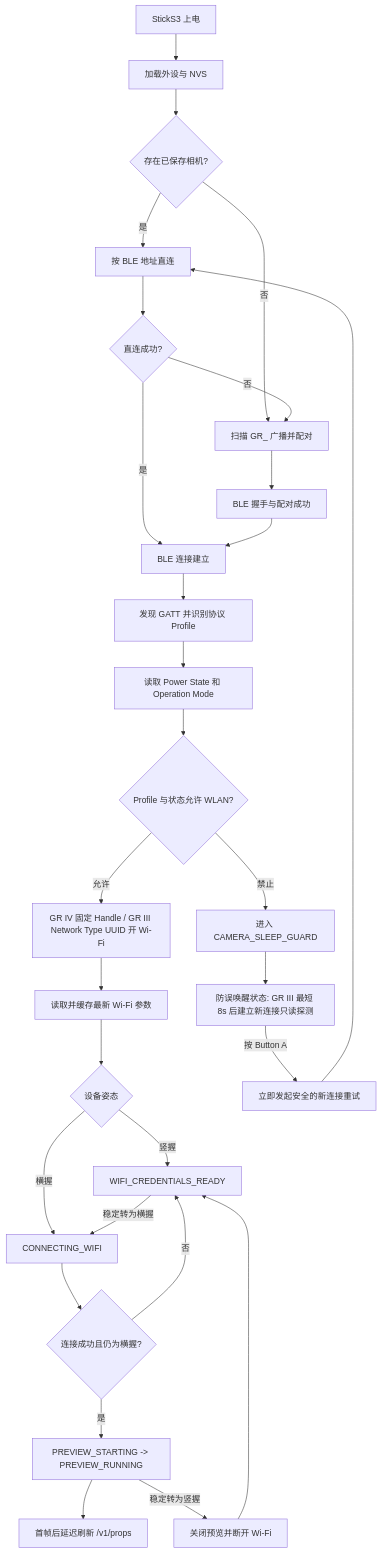
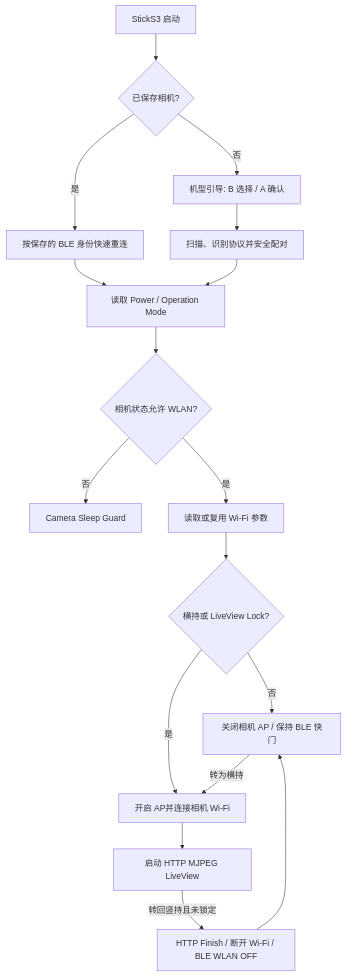
One commit to sky18Dragon/RICOH-GR-Live-View-Shooting changed the diagram in README.md. Above: the diagram before and after it, drawn with Mermaid. The commit also changed other lines of this file and 1 other file, not shown here.

````diff
--- a/README.md
+++ b/README.md
@@ -134,31 +154,19 @@
 ```mermaid
 flowchart TD
-    A[StickS3 上电] --> B[加载外设与 NVS]
-    B --> C{存在已保存相机?}
-    C -->|是| D[按 BLE 地址直连]
-    C -->|否| E[扫描 GR_ 广播并配对]
-    D --> F{直连成功?}
-    F -->|否| E
-    E --> G[BLE 握手与配对成功]
-    F -->|是| H[BLE 连接建立]
-    G --> H
-    H --> I[发现 GATT 并识别协议 Profile]
-    I --> J[读取 Power State 和 Operation Mode]
-    J --> K{Profile 与状态允许 WLAN?}
-    K -->|允许| U[GR IV 固定 Handle / GR III Network Type UUID 开 Wi-Fi]
-    K -->|禁止| L[进入 CAMERA_SLEEP_GUARD]
-    U --> M[读取并缓存最新 Wi-Fi 参数]
-    M --> N{设备姿态}
-    N -->|竖握| O[WIFI_CREDENTIALS_READY]
-    N -->|横握| P[CONNECTING_WIFI]
-    O -->|稳定转为横握| P
-    P --> Q{连接成功且仍为横握?}
-    Q -->|否| O
-    Q -->|是| R[PREVIEW_STARTING -> PREVIEW_RUNNING]
-    R --> W[首帧后延迟刷新 /v1/props]
-    R -->|稳定转为竖握| V[关闭预览并断开 Wi-Fi]
-    V --> O
-    L --> S[防误唤醒状态: GR III 最短 8s 后建立新连接只读探测]
-    S -->|按 Button A| T[立即发起安全的新连接重试]
-    T --> D
+    A[StickS3 启动] --> B{已保存相机?}
+    B -->|否| C[机型引导: B 选择 / A 确认]
+    B -->|是| D[按保存的 BLE 身份快速重连]
+    C --> E[扫描、识别协议并安全配对]
+    D --> F[读取 Power / Operation Mode]
+    E --> F
+    F --> G{相机状态允许 WLAN?}
+    G -->|否| H[Camera Sleep Guard]
+    G -->|是| I[读取或复用 Wi-Fi 参数]
+    I --> J{横持或 LiveView Lock?}
+    J -->|否| K[关闭相机 AP / 保持 BLE 快门]
+    J -->|是| L[开启 AP并连接相机 Wi-Fi]
+    L --> M[启动 HTTP MJPEG LiveView]
+    M -->|转回竖持且未锁定| N[HTTP Finish / 断开 Wi-Fi / BLE WLAN OFF]
+    N --> K
+    K -->|转为横持| L
 ```
````
